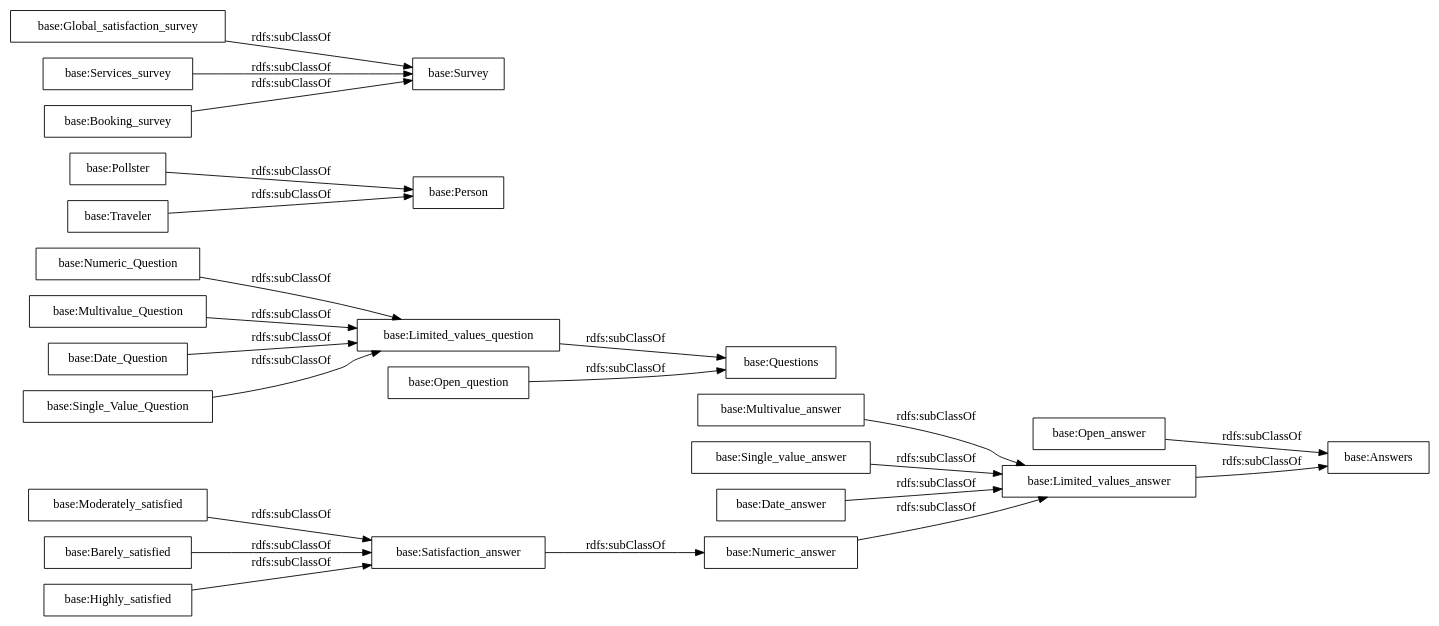
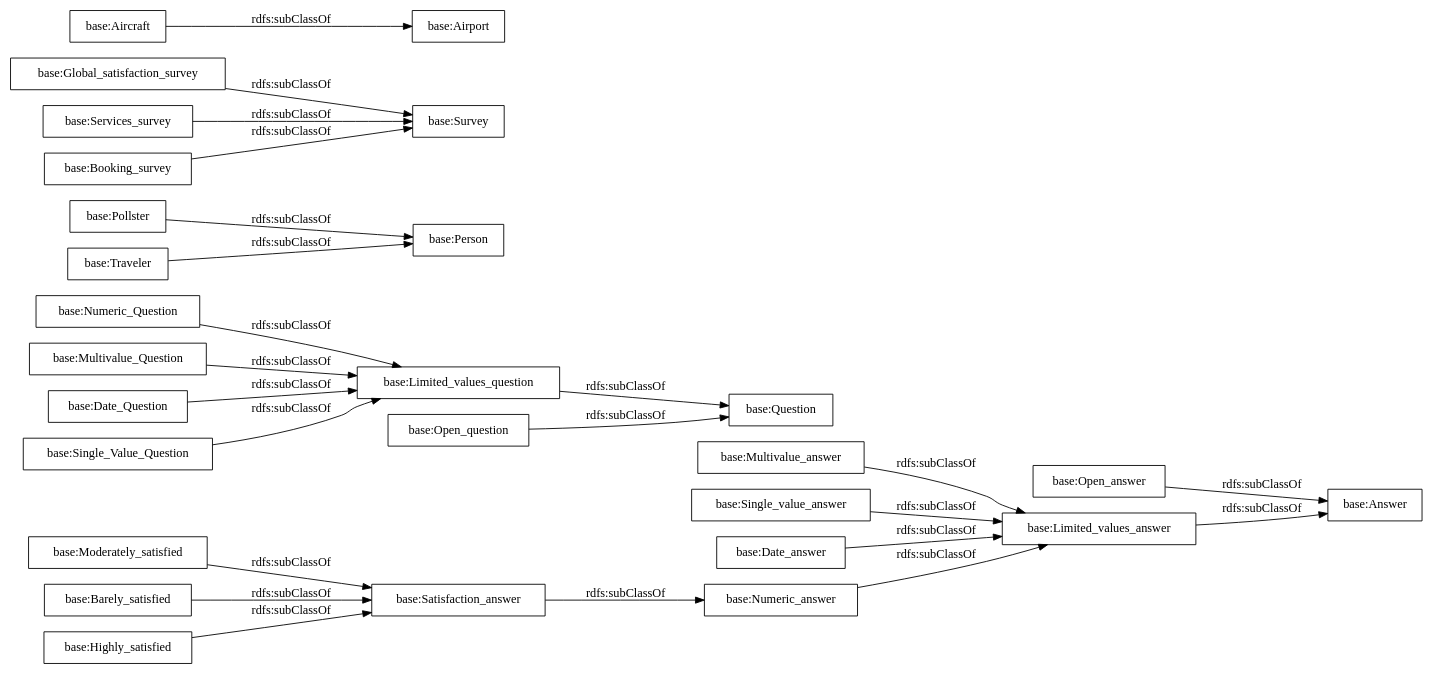
The diagram in OnToology/Ejercicio2_2.ttl/diagrams/ar2dtool-taxonomy/Ejercicio2_2.ttl.png.dot (rchecam/RP_2024_PEC2), drawn with Graphviz before and after one commit. The commit also changed 11 other files, not shown here.

```diff
--- a/OnToology/Ejercicio2_2.ttl/diagrams/ar2dtool-taxonomy/Ejercicio2_2.ttl.png.dot
+++ b/OnToology/Ejercicio2_2.ttl/diagrams/ar2dtool-taxonomy/Ejercicio2_2.ttl.png.dot
@@ -1,27 +1,28 @@
 digraph ar2dtool_diagram { 
 rankdir=LR;
 size="1000"
-node [shape = rectangle, color="black"]; "base:Satisfaction_answer" "base:Numeric_Question" "base:Multivalue_answer" "base:Pollster" "base:Limited_values_question" "base:Single_value_answer" "base:Open_answer" "base:Multivalue_Question" "base:Global_satisfaction_survey" "base:Date_answer" "base:Services_survey" "base:Limited_values_answer" "base:Date_Question" "base:Booking_survey" "base:Moderately_satisfied" "base:Questions" "base:Numeric_answer" "base:Single_Value_Question" "base:Person" "base:Open_question" "base:Barely_satisfied" "base:Survey" "base:Answers" "base:Highly_satisfied" "base:Traveler" ; /*classes style*/
+node [shape = rectangle, color="black"]; "base:Satisfaction_answer" "base:Numeric_Question" "base:Multivalue_answer" "base:Pollster" "base:Limited_values_question" "base:Single_value_answer" "base:Open_answer" "base:Answer" "base:Multivalue_Question" "base:Global_satisfaction_survey" "base:Date_answer" "base:Services_survey" "base:Limited_values_answer" "base:Date_Question" "base:Booking_survey" "base:Moderately_satisfied" "base:Airport" "base:Numeric_answer" "base:Single_Value_Question" "base:Question" "base:Person" "base:Open_question" "base:Barely_satisfied" "base:Survey" "base:Highly_satisfied" "base:Aircraft" "base:Traveler" ; /*classes style*/
 	"base:Global_satisfaction_survey" -> "base:Survey" [ label = "rdfs:subClassOf" ];
 	"base:Traveler" -> "base:Person" [ label = "rdfs:subClassOf" ];
-	"base:Open_question" -> "base:Questions" [ label = "rdfs:subClassOf" ];
+	"base:Open_question" -> "base:Question" [ label = "rdfs:subClassOf" ];
 	"base:Pollster" -> "base:Person" [ label = "rdfs:subClassOf" ];
-	"base:Open_answer" -> "base:Answers" [ label = "rdfs:subClassOf" ];
+	"base:Open_answer" -> "base:Answer" [ label = "rdfs:subClassOf" ];
 	"base:Moderately_satisfied" -> "base:Satisfaction_answer" [ label = "rdfs:subClassOf" ];
 	"base:Date_answer" -> "base:Limited_values_answer" [ label = "rdfs:subClassOf" ];
-	"base:Limited_values_question" -> "base:Questions" [ label = "rdfs:subClassOf" ];
+	"base:Aircraft" -> "base:Airport" [ label = "rdfs:subClassOf" ];
+	"base:Limited_values_question" -> "base:Question" [ label = "rdfs:subClassOf" ];
 	"base:Highly_satisfied" -> "base:Satisfaction_answer" [ label = "rdfs:subClassOf" ];
 	"base:Satisfaction_answer" -> "base:Numeric_answer" [ label = "rdfs:subClassOf" ];
 	"base:Numeric_Question" -> "base:Limited_values_question" [ label = "rdfs:subClassOf" ];
 	"base:Date_Question" -> "base:Limited_values_question" [ label = "rdfs:subClassOf" ];
 	"base:Barely_satisfied" -> "base:Satisfaction_answer" [ label = "rdfs:subClassOf" ];
-	"base:Limited_values_answer" -> "base:Answers" [ label = "rdfs:subClassOf" ];
+	"base:Limited_values_answer" -> "base:Answer" [ label = "rdfs:subClassOf" ];
 	"base:Booking_survey" -> "base:Survey" [ label = "rdfs:subClassOf" ];
 	"base:Multivalue_Question" -> "base:Limited_values_question" [ label = "rdfs:subClassOf" ];
 	"base:Services_survey" -> "base:Survey" [ label = "rdfs:subClassOf" ];
 	"base:Single_value_answer" -> "base:Limited_values_answer" [ label = "rdfs:subClassOf" ];
 	"base:Numeric_answer" -> "base:Limited_values_answer" [ label = "rdfs:subClassOf" ];
 	"base:Multivalue_answer" -> "base:Limited_values_answer" [ label = "rdfs:subClassOf" ];
 	"base:Single_Value_Question" -> "base:Limited_values_question" [ label = "rdfs:subClassOf" ];
 
 }
```
